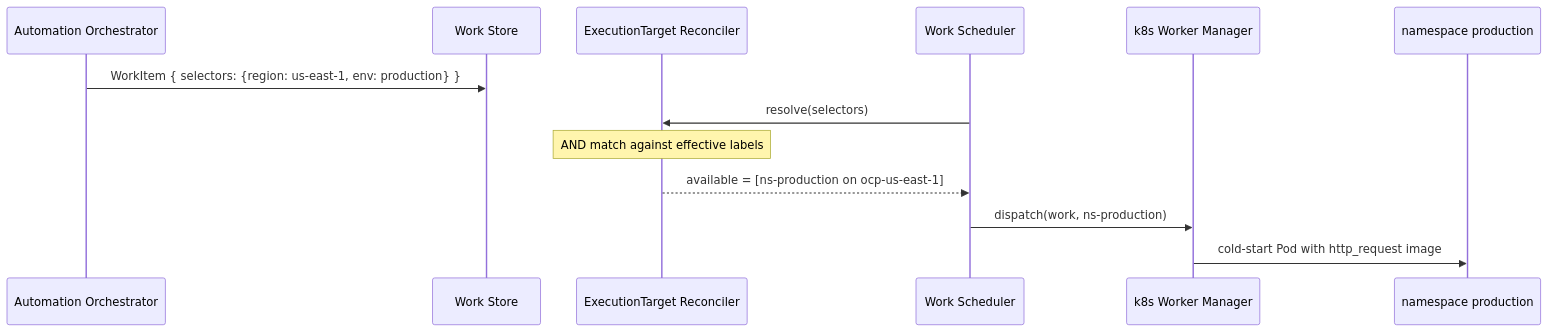
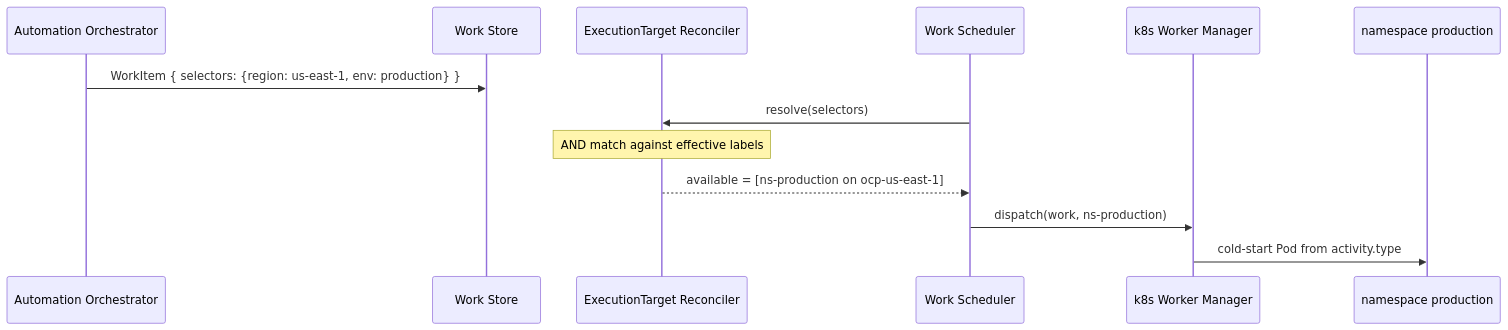
One commit to syntara-orchestration/syntara changed the diagram in backend/docs/execution-plane/examples/01-select-region-and-env.md. Above: the diagram before and after it, drawn with Mermaid. The commit also changed other lines of this file and 4 other files, not shown here.

First line of the commit message:
docs(AAP-92721): put the resolved container image on activity.type

````diff
--- a/backend/docs/execution-plane/examples/01-select-region-and-env.md
+++ b/backend/docs/execution-plane/examples/01-select-region-and-env.md
@@ -153,16 +155,16 @@
 ```mermaid
 sequenceDiagram
     participant AO as Automation Orchestrator
     participant WS as Work Store
     participant ETR as ExecutionTarget Reconciler
     participant Sch as Work Scheduler
     participant WM as k8s Worker Manager
     participant NS as namespace production
 
     AO->>WS: WorkItem { selectors: {region: us-east-1, env: production} }
     Sch->>ETR: resolve(selectors)
     Note over ETR: AND match against effective labels
     ETR-->>Sch: available = [ns-production on ocp-us-east-1]
     Sch->>WM: dispatch(work, ns-production)
-    WM->>NS: cold-start Pod with http_request image
+    WM->>NS: cold-start Pod from activity.type
 ```
````
